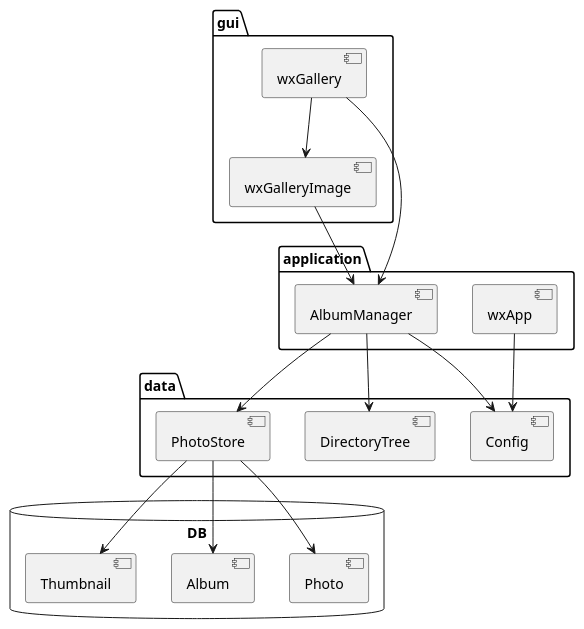
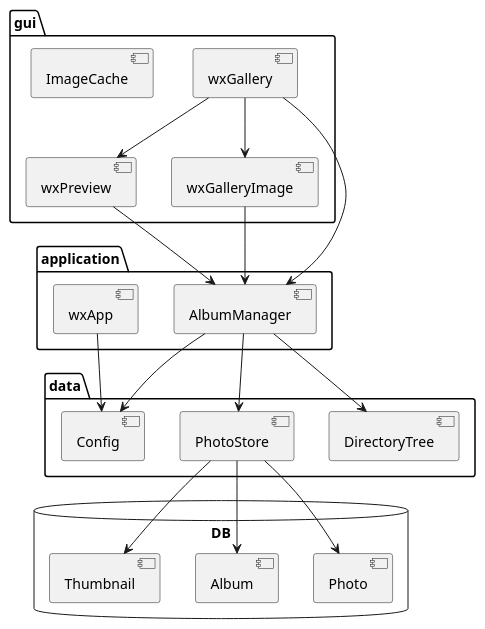
The diagram in docs/Components.puml (jorgemb/image-manager), drawn with PlantUML before and after one commit. The commit also changed 2 other files, not shown here.

```diff
--- a/docs/Components.puml
+++ b/docs/Components.puml
@@ -1,42 +1,46 @@
 @startuml
 'https://plantuml.com/component-diagram
 
 package "gui"{
     component wxGallery as gallery
     component wxGalleryImage as image
+    component wxPreview as preview
+    component ImageCache as cache
 }
 
 package "application"{
     component wxApp as app
     component AlbumManager as manager
 }
 
 package "data"{
     component DirectoryTree as tree
     component PhotoStore as store
     component Config as config
 }
 
 database "DB"{
     component Photo as model_photo
     component Album as model_album
     component Thumbnail as model_thumbnail
 }
 
 
 
 app --> config
 
 gallery --> image
 gallery --> manager
+gallery --> preview
 image --> manager
+preview -> manager
 
 manager --> store
 manager --> tree
 manager --> config
 
 store --> model_photo
 store --> model_album
 store --> model_thumbnail
 
 @enduml
```
